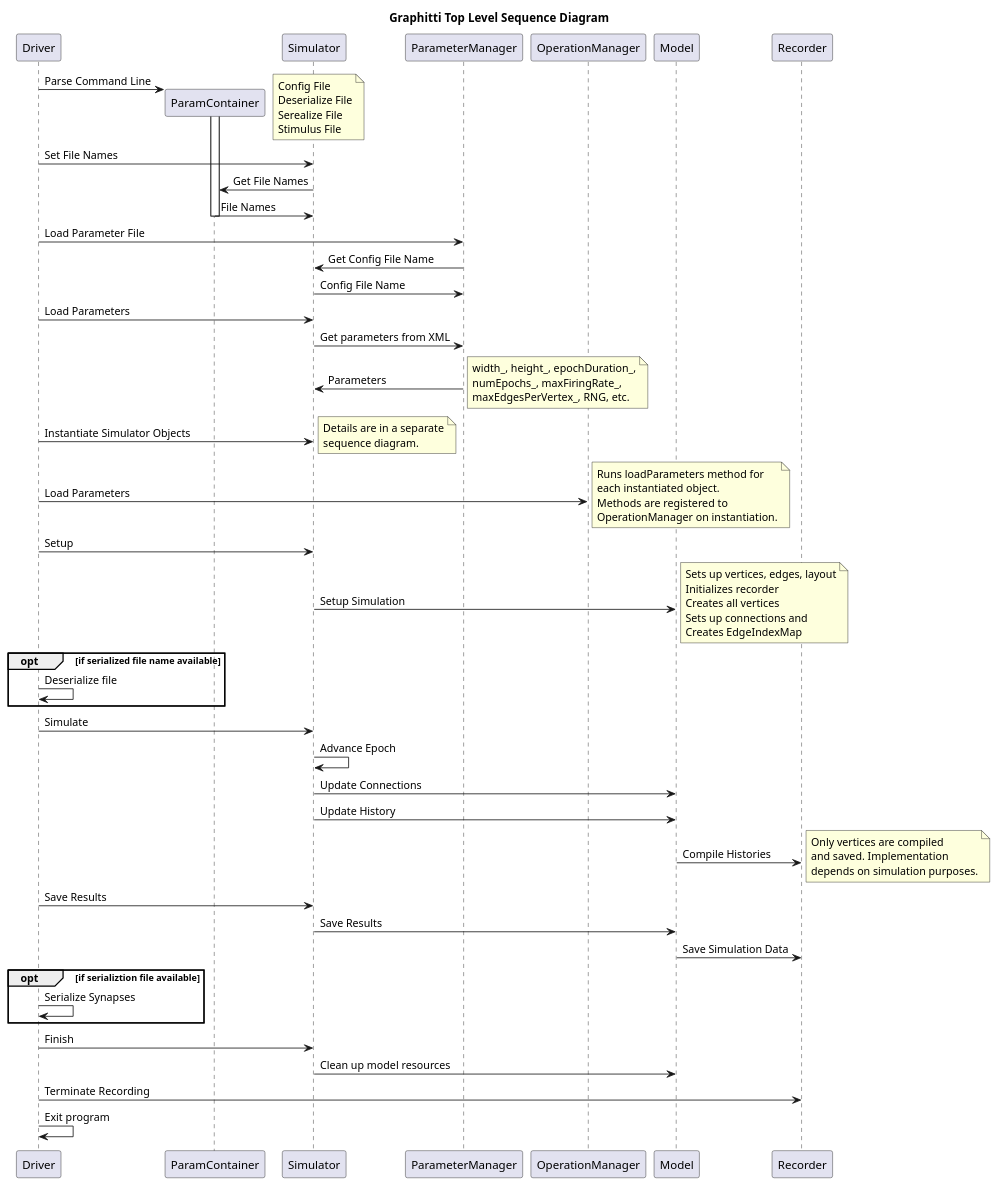
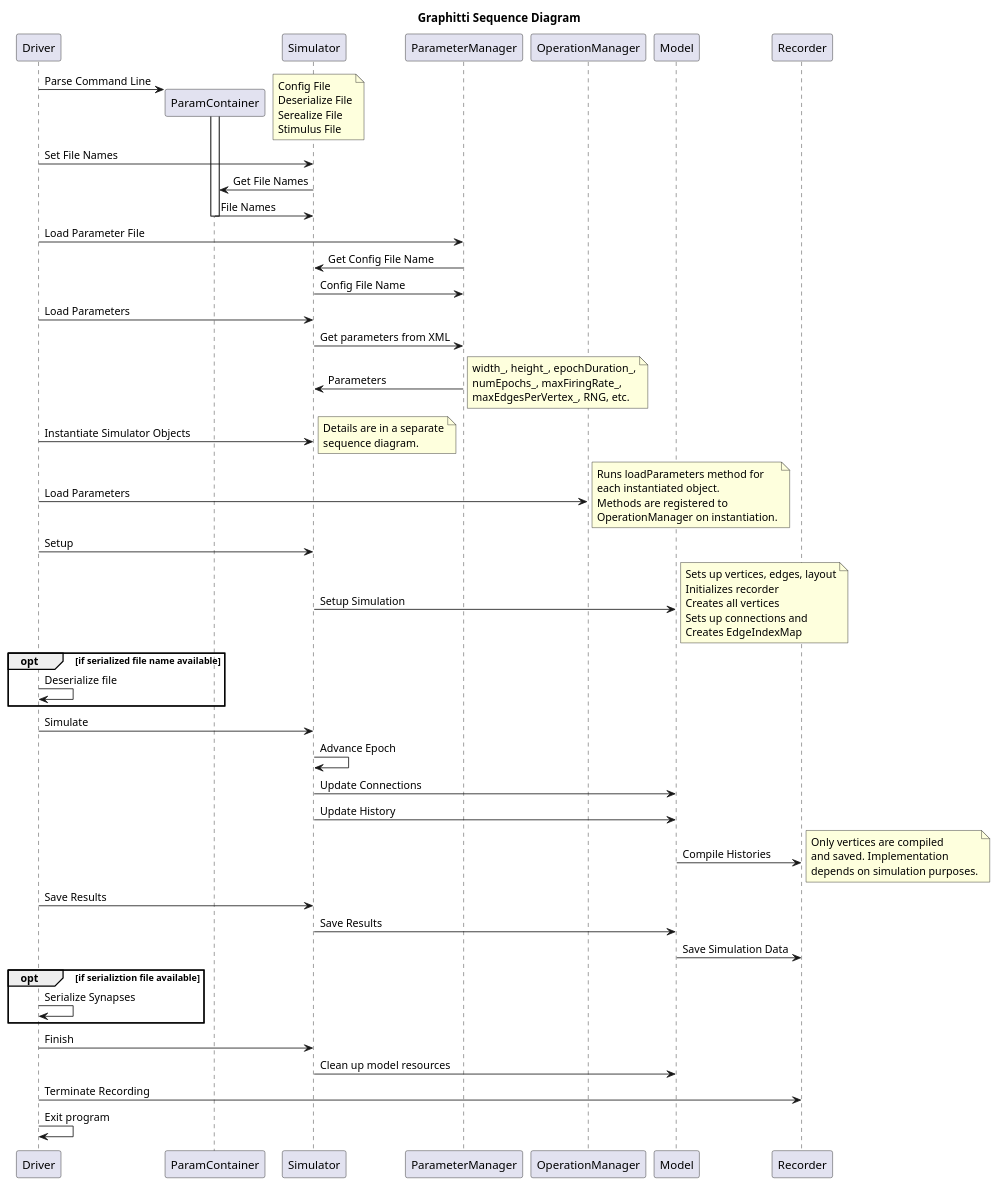
Before and after one commit to UWB-Biocomputing/Graphitti: the diagram in docs/Developer/UML/topLevelFlow.puml, drawn with PlantUML.

Commit message:
Forcing image generation

```diff
--- a/docs/Developer/UML/topLevelFlow.puml
+++ b/docs/Developer/UML/topLevelFlow.puml
@@ -1,84 +1,84 @@
 @startuml topLevelFlow
 
-title Graphitti Top Level Sequence Diagram
+title Graphitti Sequence Diagram
 
 Driver -> ParamContainer **: Parse Command Line
 activate ParamContainer
 note right
     Config File
     Deserialize File
     Serealize File
     Stimulus File
 end note
 
 Driver -> Simulator: Set File Names
 Simulator -> ParamContainer: Get File Names
 ParamContainer -> Simulator: File Names
 deactivate ParamContainer
 
 Driver -> ParameterManager: Load Parameter File
 ParameterManager -> Simulator: Get Config File Name
 Simulator -> ParameterManager: Config File Name
 Driver -> Simulator: Load Parameters
 Simulator -> ParameterManager: Get parameters from XML
 ParameterManager -> Simulator: Parameters
 note right
     width_, height_, epochDuration_,
     numEpochs_, maxFiringRate_,
     maxEdgesPerVertex_, RNG, etc.
 end note
 
 Driver -> Simulator: Instantiate Simulator Objects
 note right
     Details are in a separate
     sequence diagram.
 end note
 
 ' Expand in a separate diagram
 Driver -> OperationManager: Load Parameters
 note right
     Runs loadParameters method for
     each instantiated object.
     Methods are registered to
     OperationManager on instantiation.
 end note
 
 Driver -> Simulator: Setup
 Simulator -> Model: Setup Simulation
 note right
     Sets up vertices, edges, layout
     Initializes recorder
     Creates all vertices
     Sets up connections and
     Creates EdgeIndexMap
 end note
 
 opt if serialized file name available
     Driver -> Driver: Deserialize file
 end
 
 Driver -> Simulator: Simulate
 Simulator -> Simulator: Advance Epoch
 Simulator -> Model: Update Connections
 Simulator -> Model: Update History
 Model -> Recorder: Compile Histories
 note right
     Only vertices are compiled
     and saved. Implementation
     depends on simulation purposes.
 end note
 
 Driver -> Simulator: Save Results
 Simulator -> Model: Save Results
 Model -> Recorder: Save Simulation Data
 
 opt if serializtion file available
     Driver -> Driver: Serialize Synapses
 end
 
 Driver -> Simulator: Finish
 Simulator -> Model: Clean up model resources
 Driver -> Recorder: Terminate Recording
 Driver -> Driver: Exit program
 
 @enduml
```
